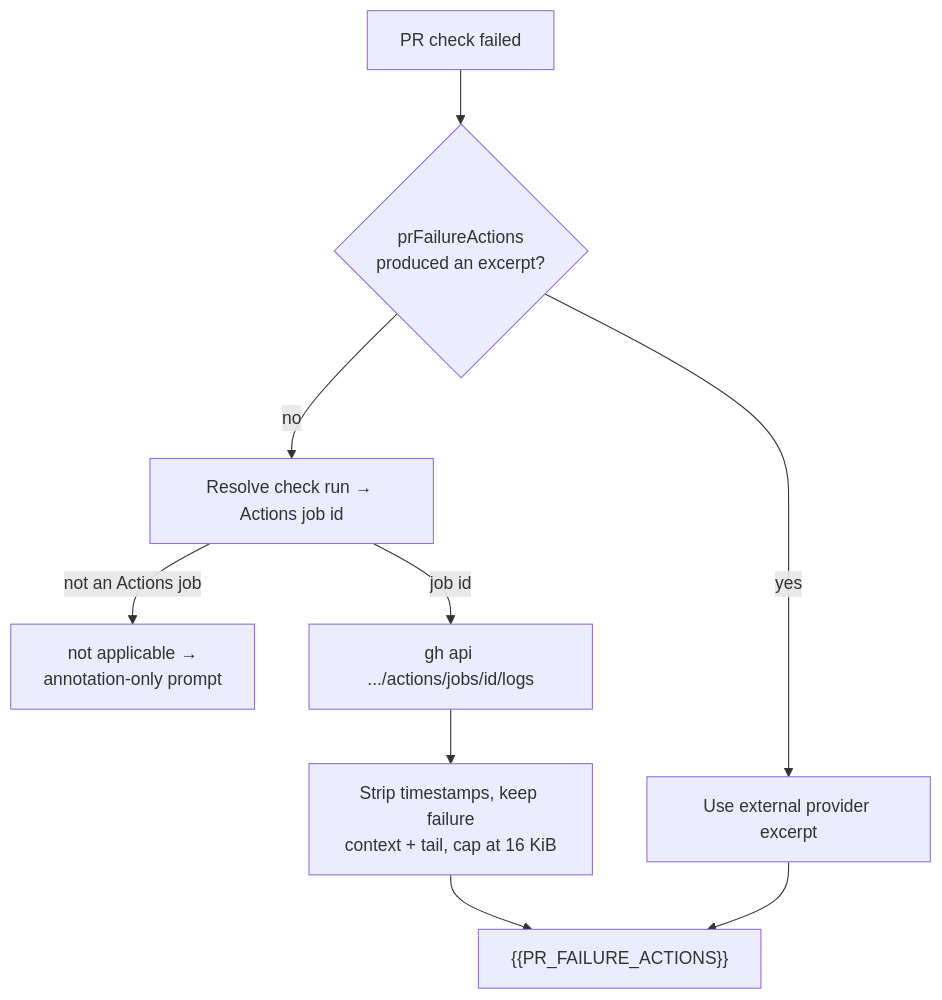
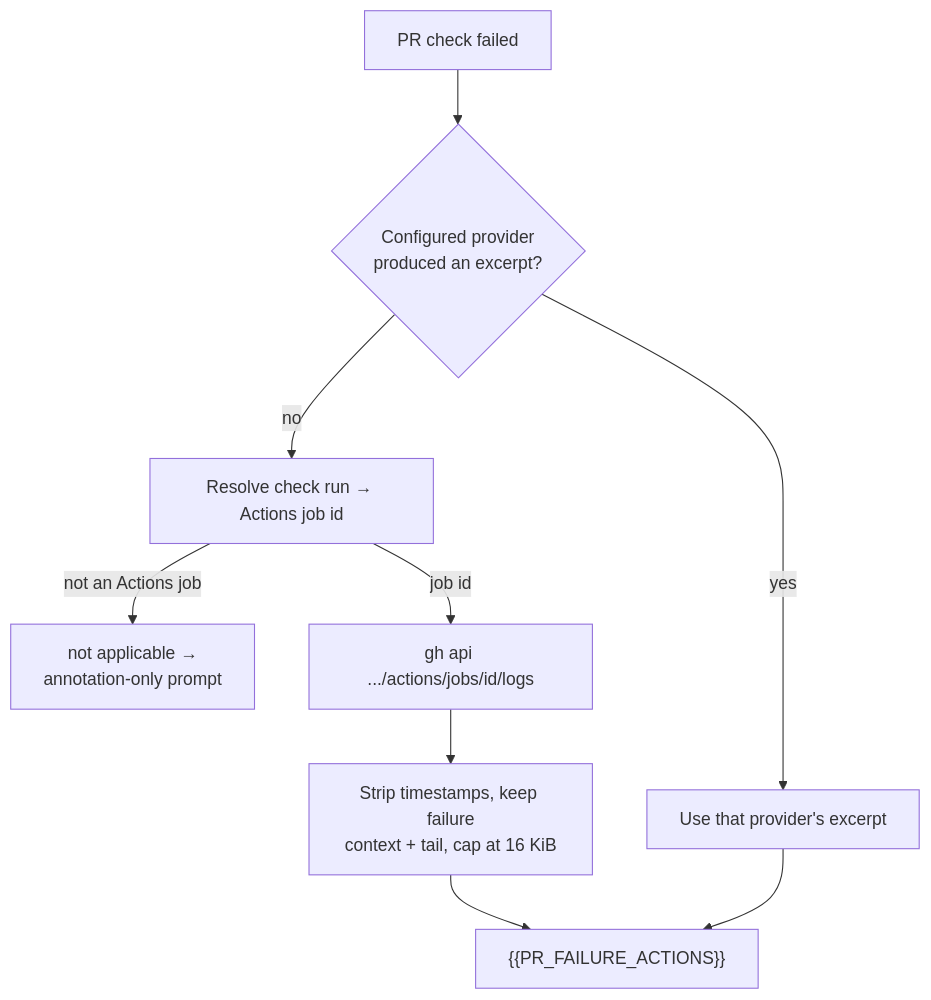
Before and after one commit to stSoftwareAU/VibeCoder: the second of 2 diagrams in docs/per-repo-pr-failure-actions.md, drawn with Mermaid. The commit also changed other lines of this file and 7 other files, not shown here.

````diff
--- a/docs/per-repo-pr-failure-actions.md
+++ b/docs/per-repo-pr-failure-actions.md
@@ -170,11 +96,11 @@
 ```mermaid
 flowchart TD
-    F[PR check failed] --> A{prFailureActions<br/>produced an excerpt?}
-    A -->|yes| U[Use external provider excerpt]
+    F[PR check failed] --> A{Configured provider<br/>produced an excerpt?}
+    A -->|yes| U[Use that provider's excerpt]
     A -->|no| G[Resolve check run → Actions job id]
     G -->|not an Actions job| N[not applicable →<br/>annotation-only prompt]
     G -->|job id| L[gh api .../actions/jobs/id/logs]
     L --> T[Strip timestamps, keep failure<br/>context + tail, cap at 16 KiB]
     T --> P["{{PR_FAILURE_ACTIONS}}"]
     U --> P
 ```
````
